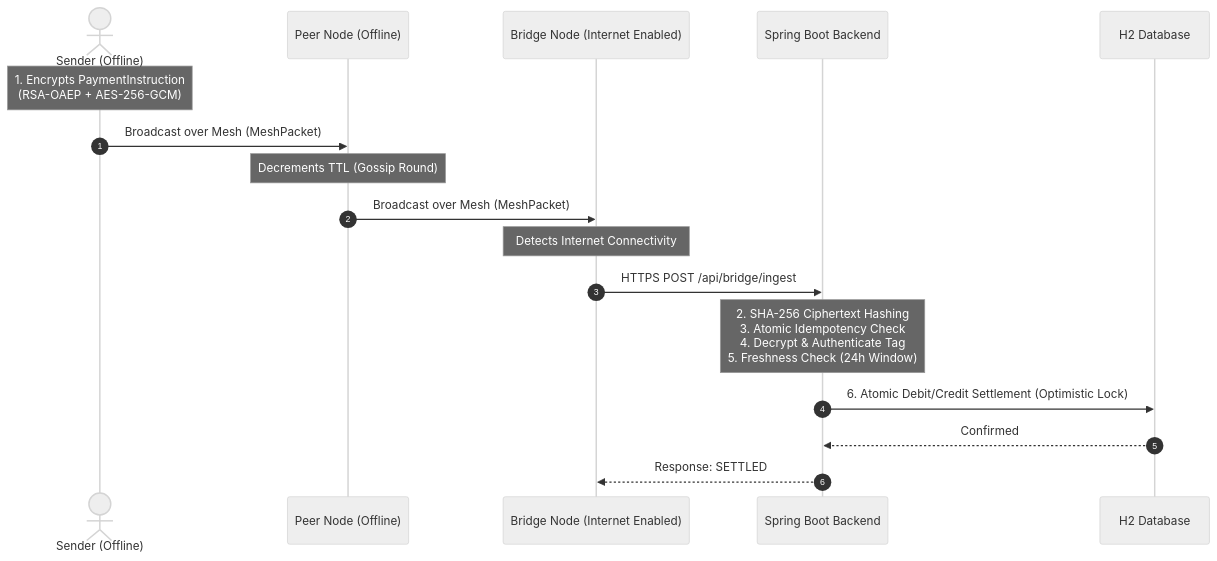
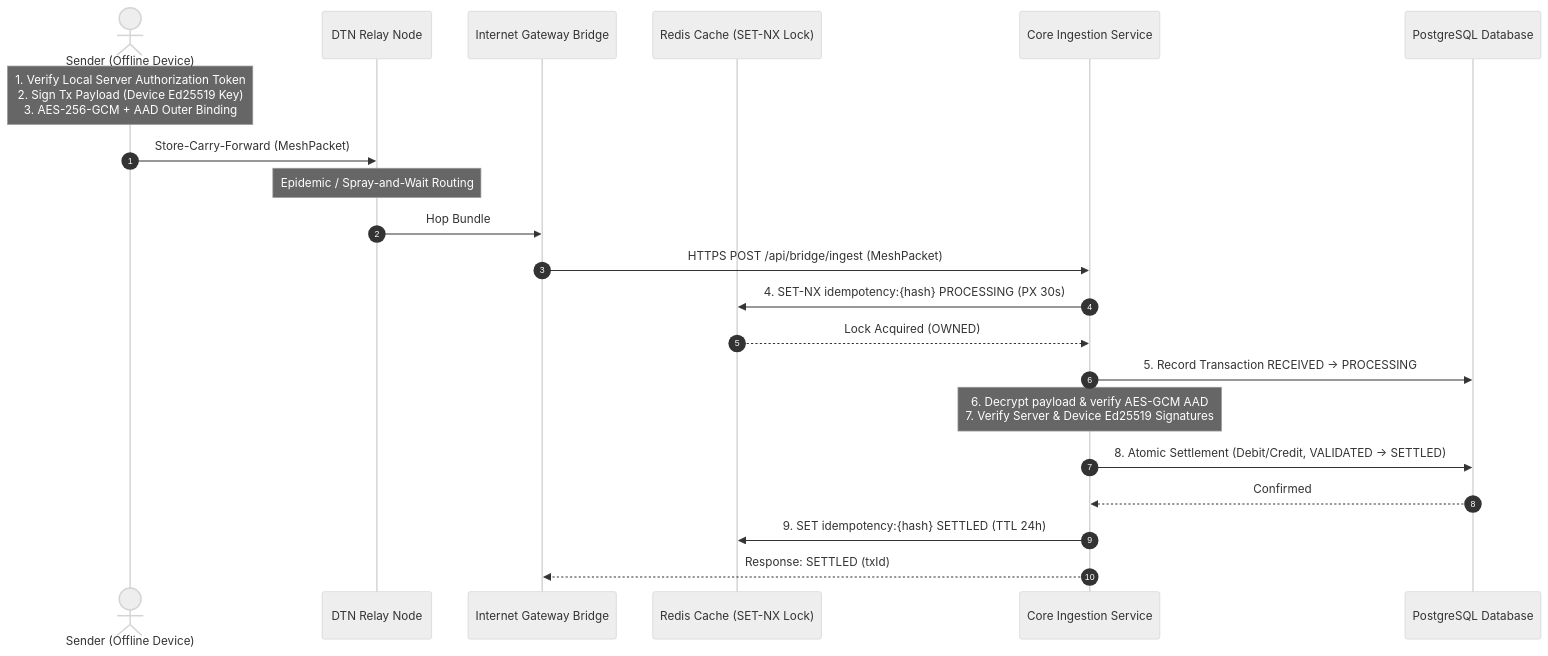
One commit to abhishekkp00/offline-payment-mesh changed the diagram in README.md. Above: the diagram before and after it, drawn with Mermaid (neutral theme). The commit also changed other lines of this file and 13 other files, not shown here.

Commit message:
feat(persistence): implement production PostgreSQL schema with Flyway migrations, 9 core domain entities, Docker Compose stack, and environment variable configuration

````diff
--- a/README.md
+++ b/README.md
@@ -11,20 +9,24 @@
 ```mermaid
 sequenceDiagram
     autonumber
-    actor Sender as Sender (Offline)
-    participant Peer as Peer Node (Offline)
-    participant Bridge as Bridge Node (Internet Enabled)
-    participant Backend as Spring Boot Backend
-    participant DB as H2 Database
+    actor Sender as Sender (Offline Device)
+    participant Relay as DTN Relay Node
+    participant Bridge as Internet Gateway Bridge
+    participant Redis as Redis Cache (SET-NX Lock)
+    participant Core as Core Ingestion Service
+    participant DB as PostgreSQL Database
 
-    Note over Sender: 1. Encrypts PaymentInstruction<br/>(RSA-OAEP + AES-256-GCM)
-    Sender->>Peer: Broadcast over Mesh (MeshPacket)
-    Note over Peer: Decrements TTL (Gossip Round)
-    Peer->>Bridge: Broadcast over Mesh (MeshPacket)
-    Note over Bridge: Detects Internet Connectivity
-    Bridge->>Backend: HTTPS POST /api/bridge/ingest
-    Note over Backend: 2. SHA-256 Ciphertext Hashing<br/>3. Atomic Idempotency Check<br/>4. Decrypt & Authenticate Tag<br/>5. Freshness Check (24h Window)
-    Backend->>DB: 6. Atomic Debit/Credit Settlement (Optimistic Lock)
-    DB-->>Backend: Confirmed
-    Backend-->>Bridge: Response: SETTLED
+    Note over Sender: 1. Verify Local Server Authorization Token<br/>2. Sign Tx Payload (Device Ed25519 Key)<br/>3. AES-256-GCM + AAD Outer Binding
+    Sender->>Relay: Store-Carry-Forward (MeshPacket)
+    Note over Relay: Epidemic / Spray-and-Wait Routing
+    Relay->>Bridge: Hop Bundle
+    Bridge->>Core: HTTPS POST /api/bridge/ingest (MeshPacket)
+    Core->>Redis: 4. SET-NX idempotency:{hash} PROCESSING (PX 30s)
+    Redis-->>Core: Lock Acquired (OWNED)
+    Core->>DB: 5. Record Transaction RECEIVED -> PROCESSING
+    Note over Core: 6. Decrypt payload & verify AES-GCM AAD<br/>7. Verify Server & Device Ed25519 Signatures
+    Core->>DB: 8. Atomic Settlement (Debit/Credit, VALIDATED -> SETTLED)
+    DB-->>Core: Confirmed
+    Core->>Redis: 9. SET idempotency:{hash} SETTLED (TTL 24h)
+    Core-->>Bridge: Response: SETTLED (txId)
 ```
````
